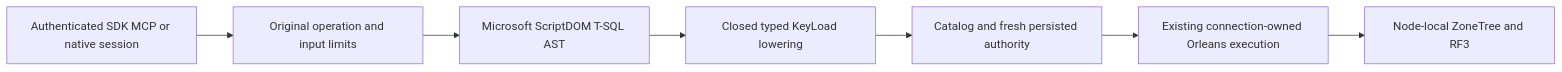
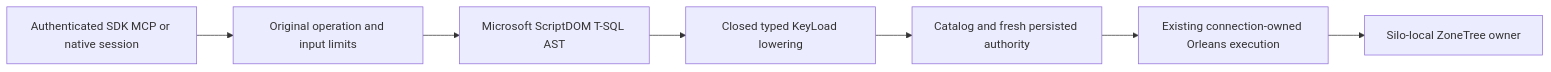
Before and after one commit to managedcode/KeyLoad: the diagram in docs/ADR/ADR-130-microsoft-scriptdom-tsql.md, drawn with Mermaid. The commit also changed other lines of this file and 7356 other files, not shown here.

````diff
--- a/docs/ADR/ADR-130-microsoft-scriptdom-tsql.md
+++ b/docs/ADR/ADR-130-microsoft-scriptdom-tsql.md
@@ -17,9 +17,9 @@
 ```mermaid
 flowchart LR
     Caller[Authenticated SDK MCP or native session] --> Bounds[Original operation and input limits]
     Bounds --> Parser[Microsoft ScriptDOM T-SQL AST]
     Parser --> Lower[Closed typed KeyLoad lowering]
     Lower --> Bind[Catalog and fresh persisted authority]
     Bind --> Orleans[Existing connection-owned Orleans execution]
-    Orleans --> Host[Node-local ZoneTree and RF3]
+    Orleans --> Host[Silo-local ZoneTree owner]
 ```
````
